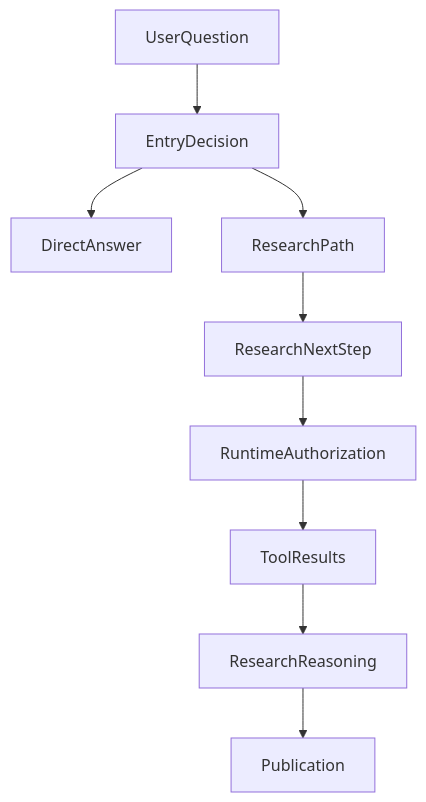
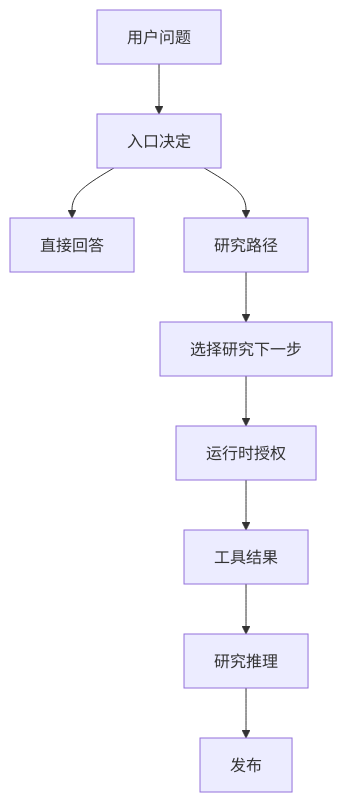
Before and after one commit to hpoenixf/eff-agent-article: the sixth of 6 diagrams in articles/022-agent-entry-from-intent-to-direct-research.md, drawn with Mermaid. The commit also changed other lines of this file and 52 other files, not shown here.

Commit message:
docs: localize diagrams and clarify flagship guides

````diff
--- a/articles/022-agent-entry-from-intent-to-direct-research.md
+++ b/articles/022-agent-entry-from-intent-to-direct-research.md
@@ -576,11 +576,11 @@
 ```mermaid
 graph TD
-UserQuestion --> EntryDecision
-EntryDecision --> DirectAnswer
-EntryDecision --> ResearchPath
-ResearchPath --> ResearchNextStep
-ResearchNextStep --> RuntimeAuthorization
-RuntimeAuthorization --> ToolResults
-ToolResults --> ResearchReasoning
-ResearchReasoning --> Publication
+UserQuestion["用户问题"] --> EntryDecision["入口决定"]
+EntryDecision --> DirectAnswer["直接回答"]
+EntryDecision --> ResearchPath["研究路径"]
+ResearchPath --> ResearchNextStep["选择研究下一步"]
+ResearchNextStep --> RuntimeAuthorization["运行时授权"]
+RuntimeAuthorization --> ToolResults["工具结果"]
+ToolResults --> ResearchReasoning["研究推理"]
+ResearchReasoning --> Publication["发布"]
 ```
````
